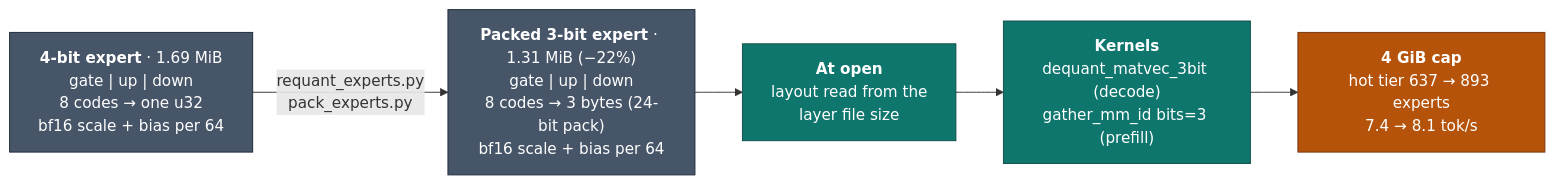
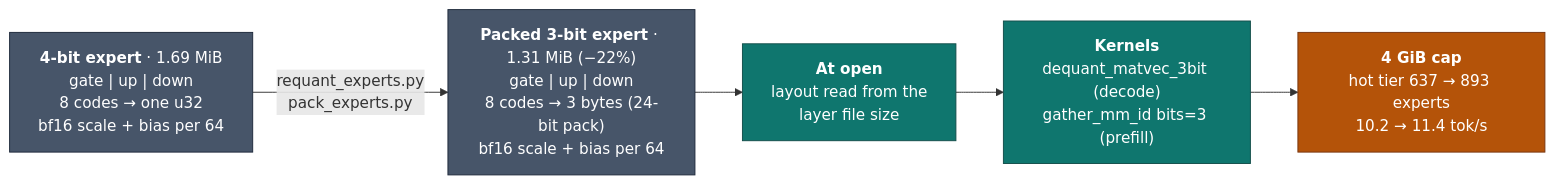
One commit to transybao1393/streamoe changed the third of 7 diagrams in README.md. Above: the diagram before and after it, drawn with Mermaid. The commit also changed other lines of this file and 1 other file, not shown here.

````diff
--- a/README.md
+++ b/README.md
@@ -196,14 +205,14 @@
 ```mermaid
 flowchart LR
     classDef e fill:#0f766e,stroke:#134e4a,color:#ffffff
     classDef i fill:#b45309,stroke:#78350f,color:#ffffff
     classDef s fill:#475569,stroke:#1e293b,color:#ffffff
 
     Q4["<b>4-bit expert</b> · 1.69 MiB<br/>gate | up | down<br/>8 codes → one u32<br/>bf16 scale + bias per 64"]:::s
     Q3["<b>Packed 3-bit expert</b> · 1.31 MiB (−22%)<br/>gate | up | down<br/>8 codes → 3 bytes (24-bit pack)<br/>bf16 scale + bias per 64"]:::s
     OPEN["<b>At open</b><br/>layout read from the<br/>layer file size"]:::e
     K["<b>Kernels</b><br/>dequant_matvec_3bit (decode)<br/>gather_mm_id bits=3 (prefill)"]:::e
-    RAM["<b>4 GiB cap</b><br/>hot tier 637 → 893 experts<br/>7.4 → 8.1 tok/s"]:::i
+    RAM["<b>4 GiB cap</b><br/>hot tier 637 → 893 experts<br/>10.2 → 11.4 tok/s"]:::i
 
     Q4 -- "requant_experts.py<br/>pack_experts.py" --> Q3 --> OPEN --> K --> RAM
 ```
````
